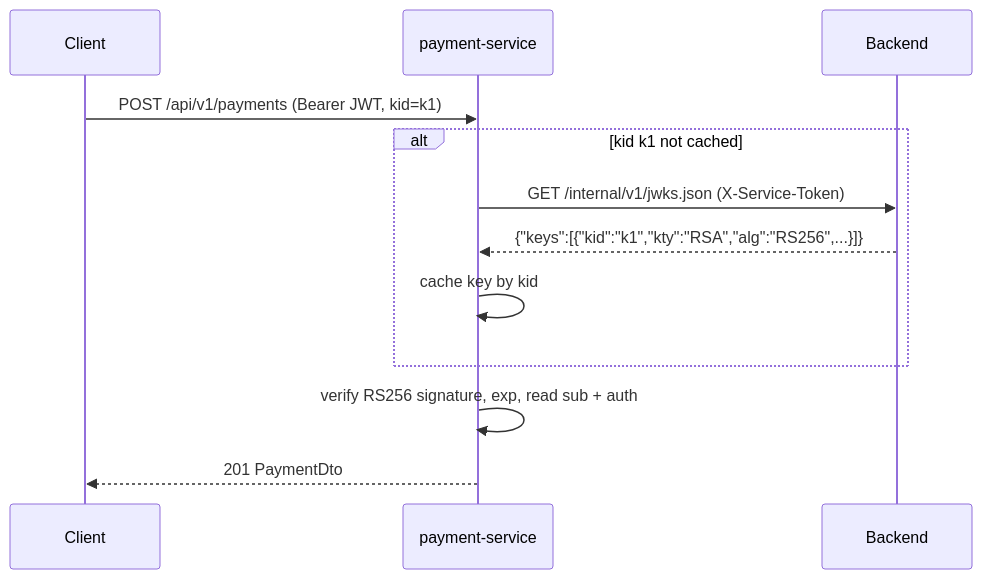
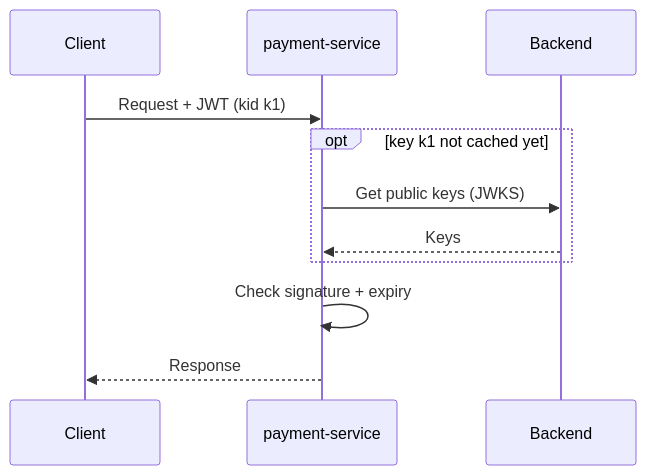
One commit to slawekradzyminski/awesome-localstack changed the diagram in docs-site/docs/architecture/auth.md. Above: the diagram before and after it, drawn with Mermaid. The commit also changed 27 other files, not shown here.

First line of the commit message:
Fix unrendered wiki diagrams and make every diagram readable

````diff
--- a/docs-site/docs/architecture/auth.md
+++ b/docs-site/docs/architecture/auth.md
@@ -34,14 +34,13 @@
 ```mermaid
 sequenceDiagram
     participant C as Client
     participant P as payment-service
     participant B as Backend
-    C->>P: POST /api/v1/payments (Bearer JWT, kid=k1)
-    alt kid k1 not cached
-        P->>B: GET /internal/v1/jwks.json (X-Service-Token)
-        B-->>P: {"keys":[{"kid":"k1","kty":"RSA","alg":"RS256",...}]}
-        P->>P: cache key by kid
+    C->>P: Request + JWT (kid k1)
+    opt key k1 not cached yet
+        P->>B: Get public keys (JWKS)
+        B-->>P: Keys
     end
-    P->>P: verify RS256 signature, exp, read sub + auth
-    P-->>C: 201 PaymentDto
+    P->>P: Check signature + expiry
+    P-->>C: Response
 ```
````
